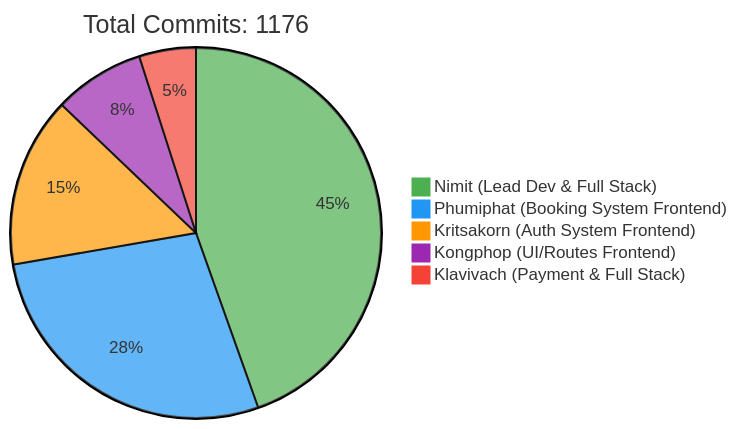
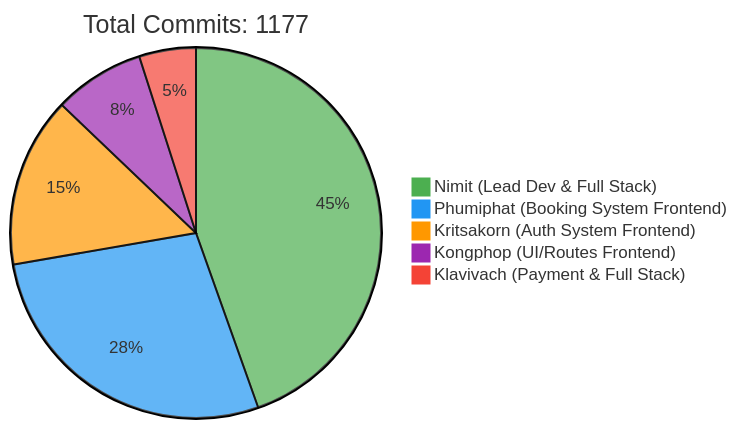
The first of 2 diagrams in README.md (6531503042/Sport-Complex), drawn with Mermaid before and after one commit. The commit also changed other lines of this file, not shown here.

Commit message:
docs: Update contributor statistics [skip ci]

````diff
--- a/README.md
+++ b/README.md
@@ -257,10 +257,10 @@
 ```mermaid
 %%{init: {'theme': 'base', 'themeVariables': { 'pie1': '#4CAF50', 'pie2': '#2196F3', 'pie3': '#FF9800', 'pie4': '#9C27B0', 'pie5': '#F44336'}}}%%
 pie
-    title Total Commits: 1176
+    title Total Commits: 1177
     "Nimit (Lead Dev & Full Stack)" : 450
     "Phumiphat (Booking System Frontend)" : 280
     "Kritsakorn (Auth System Frontend)" : 150
     "Kongphop (UI/Routes Frontend)" : 80
     "Klavivach (Payment & Full Stack)" : 50
 ```
````
